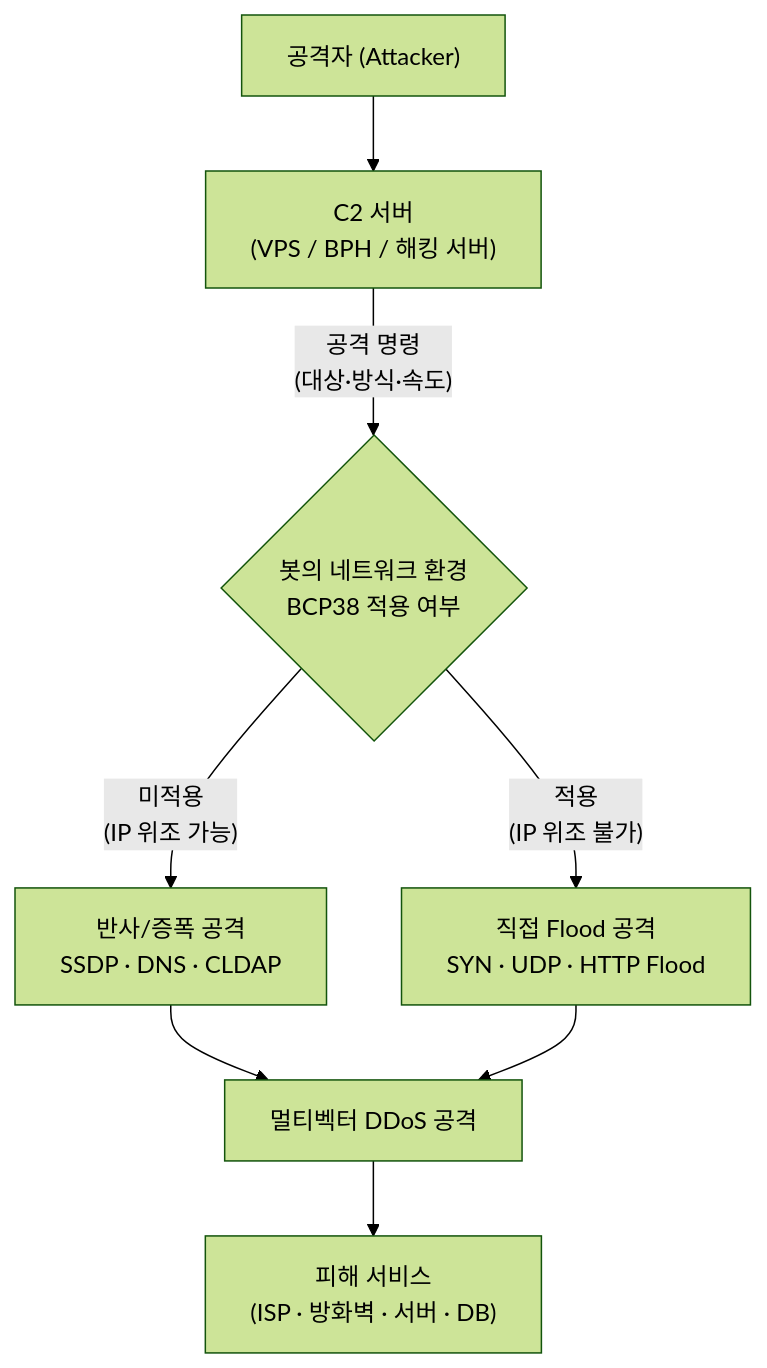
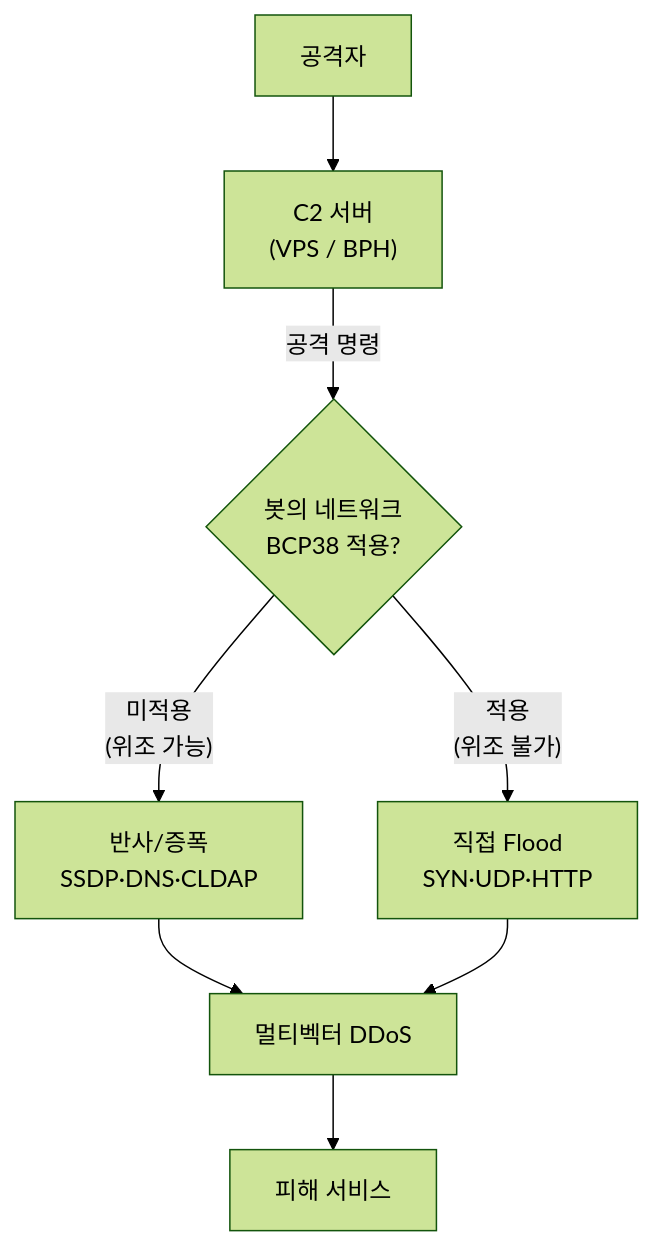
The second of 2 diagrams in _posts/2026-11-23-ddos-2026-report.md (shm3041/shm3041.github.io), drawn with Mermaid (forest theme) before and after one commit. The commit also changed other lines of this file and 7 other files, not shown here.

````diff
--- a/_posts/2026-11-23-ddos-2026-report.md
+++ b/_posts/2026-11-23-ddos-2026-report.md
@@ -138,10 +100,10 @@
 ```mermaid
 flowchart TD
-    A["공격자 (Attacker)"] --> B["C2 서버<br/>(VPS / BPH / 해킹 서버)"]
-    B -->|"공격 명령<br/>(대상·방식·속도)"| C{"봇의 네트워크 환경<br/>BCP38 적용 여부"}
-    C -->|"미적용<br/>(IP 위조 가능)"| D["반사/증폭 공격<br/>SSDP · DNS · CLDAP"]
-    C -->|"적용<br/>(IP 위조 불가)"| E["직접 Flood 공격<br/>SYN · UDP · HTTP Flood"]
-    D --> F["멀티벡터 DDoS 공격"]
+    A["공격자"] --> B["C2 서버<br/>(VPS / BPH)"]
+    B -->|"공격 명령"| C{"봇의 네트워크<br/>BCP38 적용?"}
+    C -->|"미적용<br/>(위조 가능)"| D["반사/증폭<br/>SSDP·DNS·CLDAP"]
+    C -->|"적용<br/>(위조 불가)"| E["직접 Flood<br/>SYN·UDP·HTTP"]
+    D --> F["멀티벡터 DDoS"]
     E --> F
-    F --> G["피해 서비스<br/>(ISP · 방화벽 · 서버 · DB)"]
+    F --> G["피해 서비스"]
 ```
````
